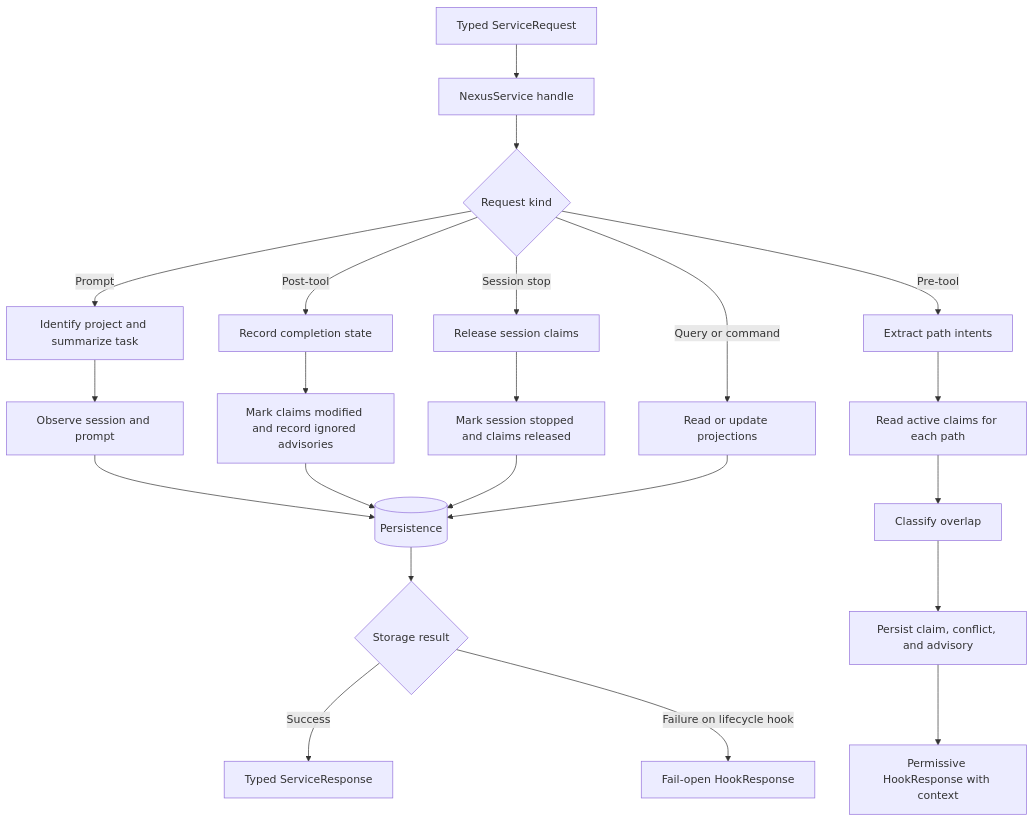
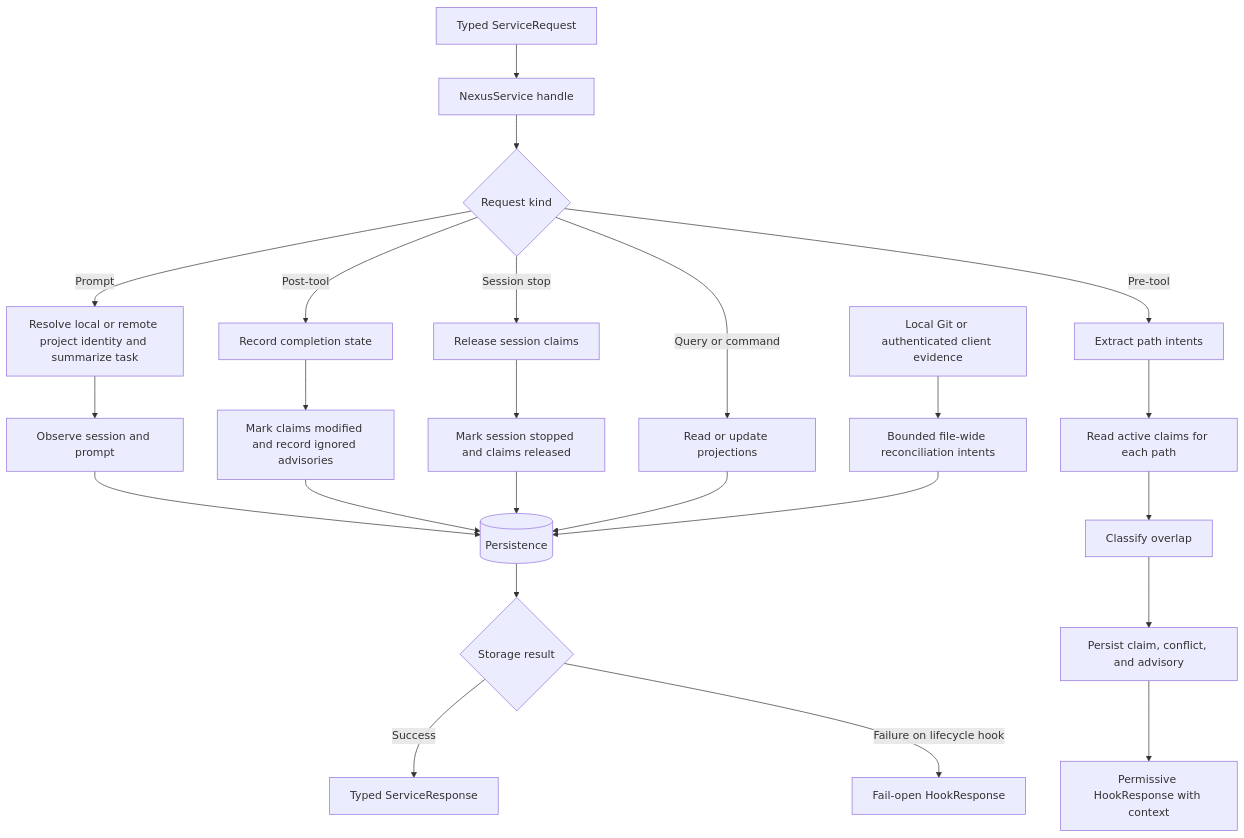
Before and after one commit to warrenronsiek/nexus: the diagram in docs/features/coordination.md, drawn with Mermaid. The commit also changed other lines of this file and 202 other files, not shown here.

````diff
--- a/docs/features/coordination.md
+++ b/docs/features/coordination.md
@@ -21,24 +21,26 @@
 ```mermaid
 flowchart TD
     A[Typed ServiceRequest] --> B[NexusService handle]
     B --> C{Request kind}
-    C -->|Prompt| D[Identify project and summarize task]
+    C -->|Prompt| D[Resolve local or remote project identity and summarize task]
     C -->|Pre-tool| E[Extract path intents]
     C -->|Post-tool| F[Record completion state]
     C -->|Session stop| G[Release session claims]
     C -->|Query or command| H[Read or update projections]
     D --> I[Observe session and prompt]
     E --> J[Read active claims for each path]
     J --> K[Classify overlap]
     K --> L[Persist claim, conflict, and advisory]
     L --> M[Permissive HookResponse with context]
     F --> N[Mark claims modified and record ignored advisories]
     G --> O[Mark session stopped and claims released]
     I --> P[(Persistence)]
     N --> P
     O --> P
     H --> P
+    T[Local Git or authenticated client evidence] --> U[Bounded file-wide reconciliation intents]
+    U --> P
     P --> Q{Storage result}
     Q -->|Success| R[Typed ServiceResponse]
     Q -->|Failure on lifecycle hook| S[Fail-open HookResponse]
 ```
````
